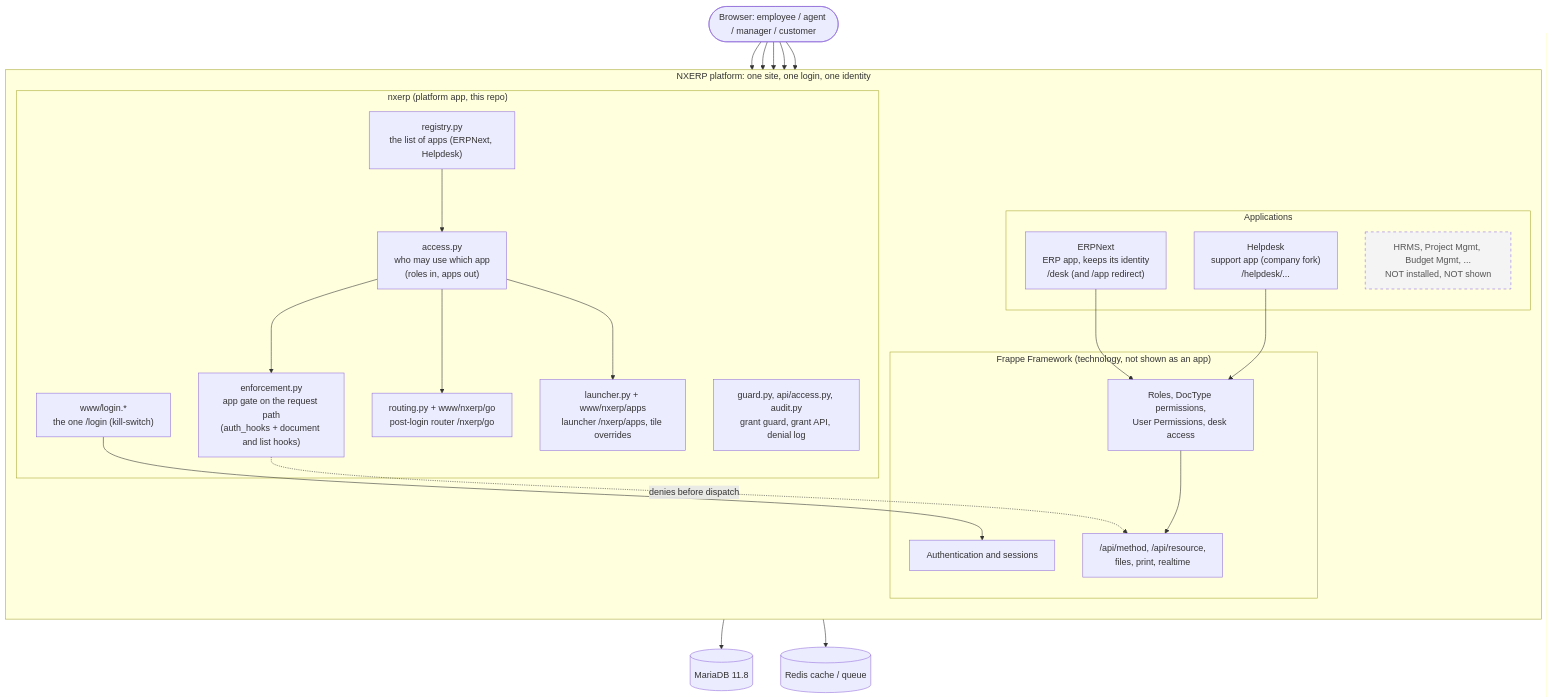
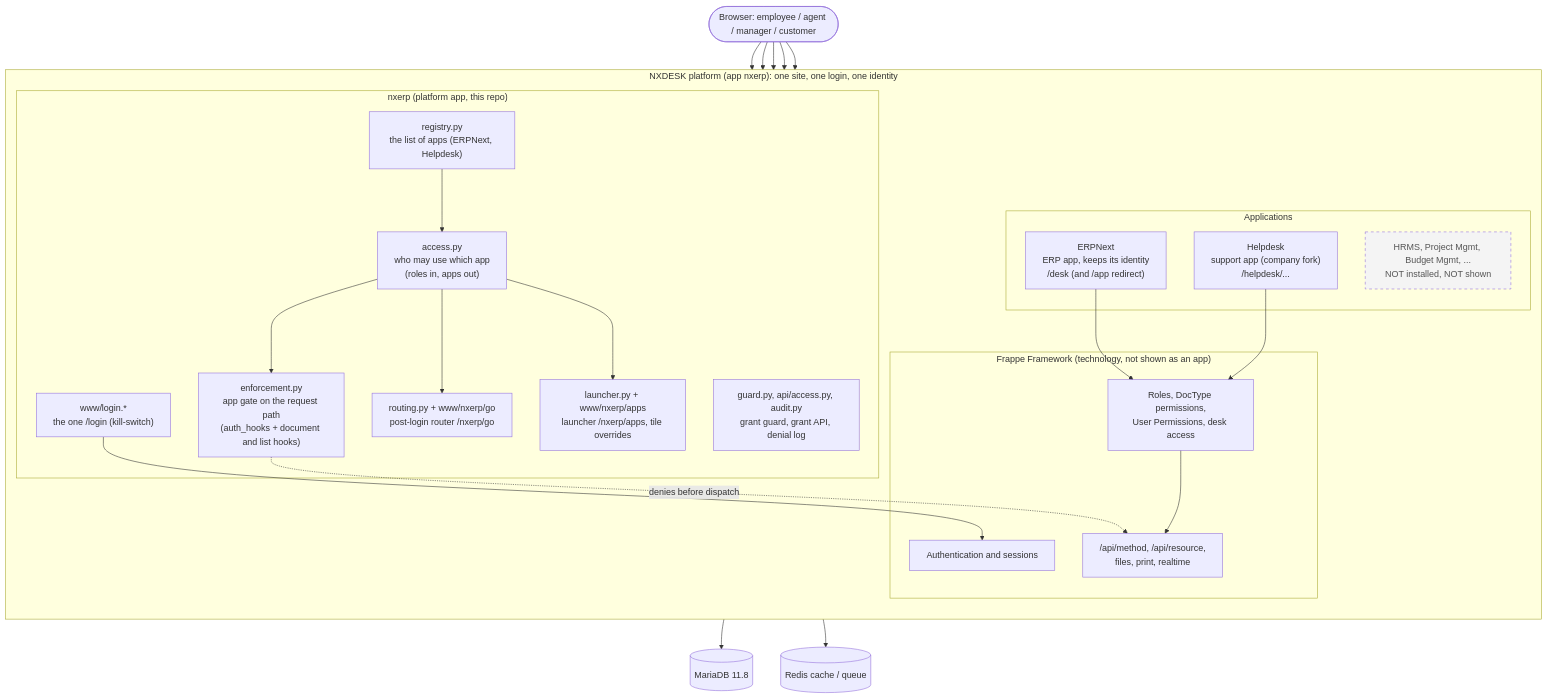
Before and after one commit to Sria-Infotech-Pvt-Ltd/NxERP: the first of 2 diagrams in docs/architecture/overview.md, drawn with Mermaid. The commit also changed other lines of this file and 5 other files, not shown here.

Commit message:
docs: ADR-008 NXDESK identity; update product identity rules

````diff
--- a/docs/architecture/overview.md
+++ b/docs/architecture/overview.md
@@ -10,48 +10,48 @@
 ```mermaid
 flowchart TB
   user([Browser: employee / agent / manager / customer])
 
-  subgraph NXERP["NXERP platform: one site, one login, one identity"]
+  subgraph NXERP["NXDESK platform (app nxerp): one site, one login, one identity"]
     direction TB
     subgraph PLAT["nxerp  (platform app, this repo)"]
       registry["registry.py<br/>the list of apps (ERPNext, Helpdesk)"]
       resolver["access.py<br/>who may use which app<br/>(roles in, apps out)"]
       gate["enforcement.py<br/>app gate on the request path<br/>(auth_hooks + document and list hooks)"]
       router["routing.py + www/nxerp/go<br/>post-login router /nxerp/go"]
       launcher["launcher.py + www/nxerp/apps<br/>launcher /nxerp/apps, tile overrides"]
       login["www/login.*<br/>the one /login (kill-switch)"]
       guard["guard.py, api/access.py, audit.py<br/>grant guard, grant API, denial log"]
     end
     subgraph APPS["Applications"]
       erp["ERPNext<br/>ERP app, keeps its identity<br/>/desk (and /app redirect)"]
       hd["Helpdesk<br/>support app (company fork)<br/>/helpdesk/..."]
       later["HRMS, Project Mgmt, Budget Mgmt, ...<br/>NOT installed, NOT shown"]:::future
     end
     subgraph FW["Frappe Framework (technology, not shown as an app)"]
       auth["Authentication and sessions"]
       perm["Roles, DocType permissions,<br/>User Permissions, desk access"]
       api["/api/method, /api/resource,<br/>files, print, realtime"]
     end
   end
 
   db[("MariaDB 11.8")]
   redis[("Redis cache / queue")]
 
   user --> login --> auth
   user --> router
   user --> launcher
   user --> erp
   user --> hd
   gate -. "denies before dispatch" .-> api
   resolver --> gate
   resolver --> router
   resolver --> launcher
   registry --> resolver
   erp --> perm
   hd --> perm
   perm --> api
   FW --> db
   FW --> redis
 
   classDef future stroke-dasharray: 5 5,fill:#f4f4f4,color:#555;
 ```
````
